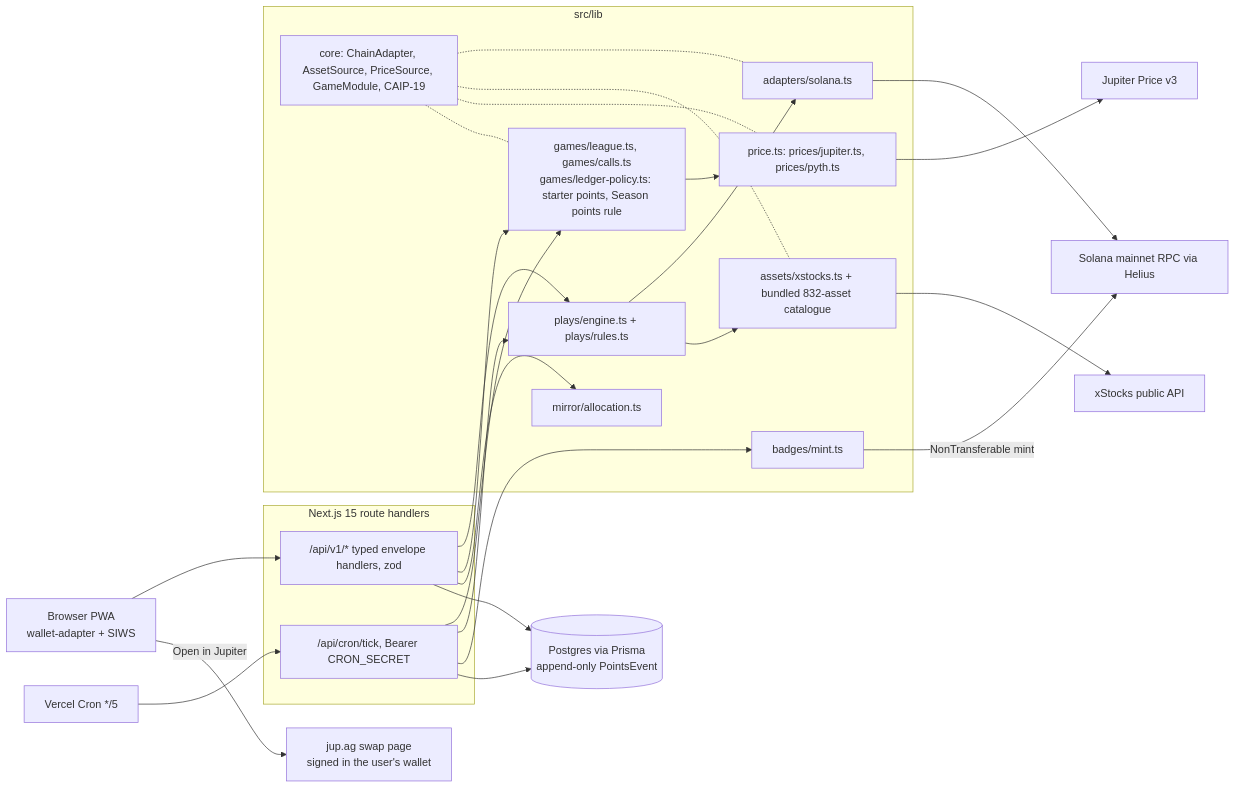
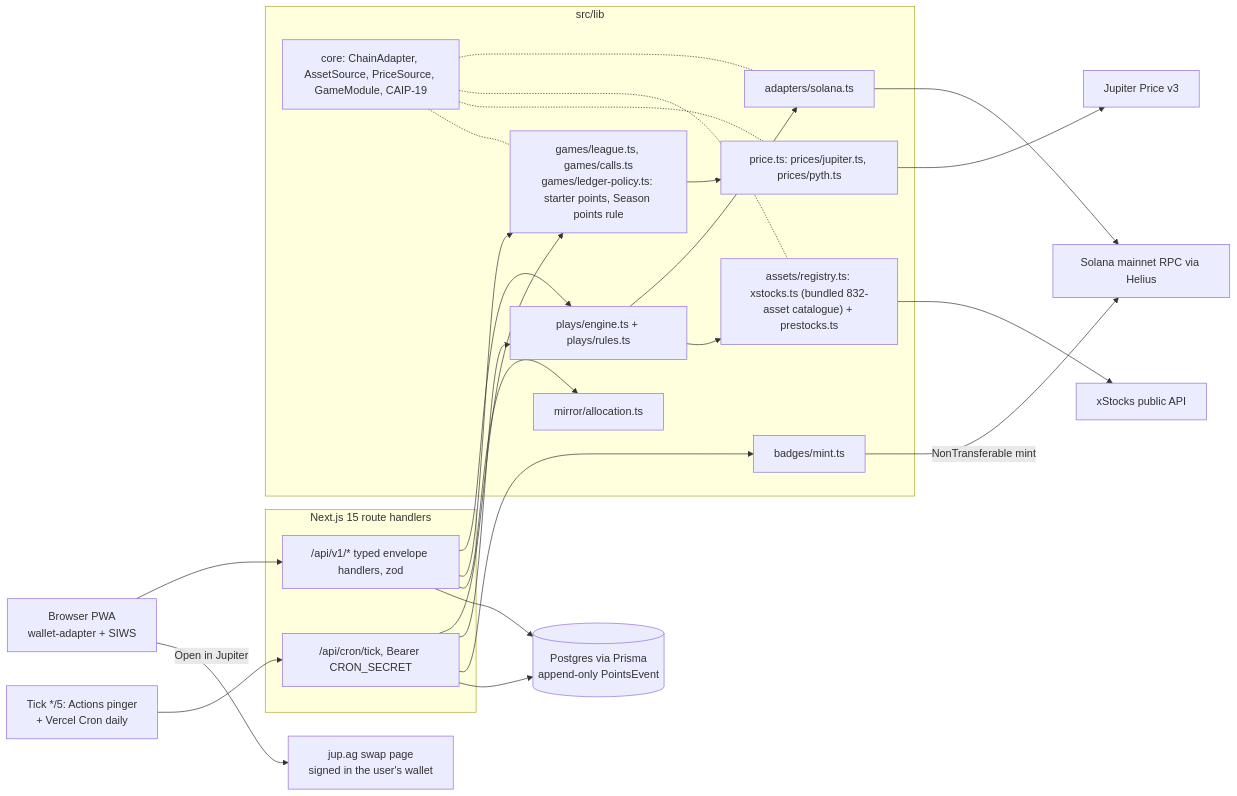
One commit to djbigzzz/dulo changed the second of 2 diagrams in README.md. Above: the diagram before and after it, drawn with Mermaid. The commit also changed other lines of this file and 10 other files, not shown here.

````diff
--- a/README.md
+++ b/README.md
@@ -269,50 +278,50 @@
 ```mermaid
 flowchart LR
   user["Browser PWA<br/>wallet-adapter + SIWS"]
-  vcron["Vercel Cron */5"]
+  vcron["Tick */5: Actions pinger<br/>+ Vercel Cron daily"]
 
   subgraph routes["Next.js 15 route handlers"]
     v1["/api/v1/* typed envelope handlers, zod"]
     tick["/api/cron/tick, Bearer CRON_SECRET"]
   end
 
   subgraph lib["src/lib"]
     core["core: ChainAdapter, AssetSource, PriceSource, GameModule, CAIP-19"]
     adapter["adapters/solana.ts"]
-    xs["assets/xstocks.ts + bundled 832-asset catalogue"]
+    xs["assets/registry.ts: xstocks.ts (bundled 832-asset catalogue) + prestocks.ts"]
     pr["price.ts: prices/jupiter.ts, prices/pyth.ts"]
     eng["plays/engine.ts + plays/rules.ts"]
     games["games/league.ts, games/calls.ts<br/>games/ledger-policy.ts: starter points, Season points rule"]
     mirror["mirror/allocation.ts"]
     badges["badges/mint.ts"]
   end
 
   db[("Postgres via Prisma<br/>append-only PointsEvent")]
   rpc["Solana mainnet RPC via Helius"]
   xapi["xStocks public API"]
   jprice["Jupiter Price v3"]
   jswap["jup.ag swap page<br/>signed in the user's wallet"]
 
   user --> v1
   user -- "Open in Jupiter" --> jswap
   vcron --> tick
   v1 --> eng
   v1 --> games
   v1 --> mirror
   tick --> games
   tick --> eng
   tick --> badges
   eng --> adapter
   adapter --> rpc
   eng --> xs
   xs --> xapi
   games --> pr
   pr --> jprice
   badges -- "NonTransferable mint" --> rpc
   core -.- adapter
   core -.- xs
   core -.- pr
   core -.- games
   v1 --> db
   tick --> db
 ```
````
